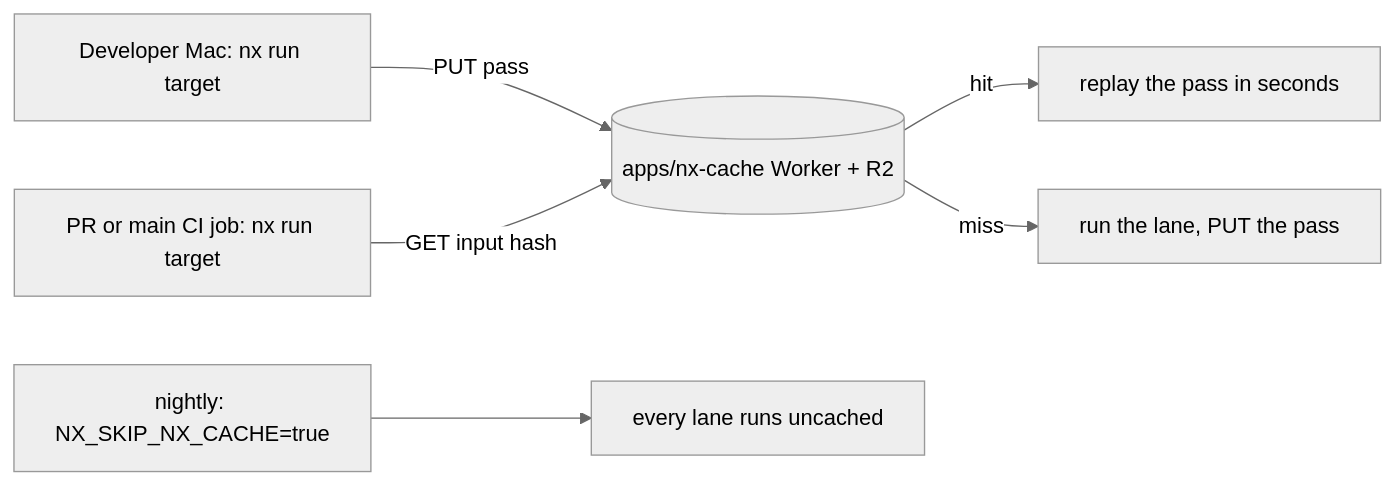
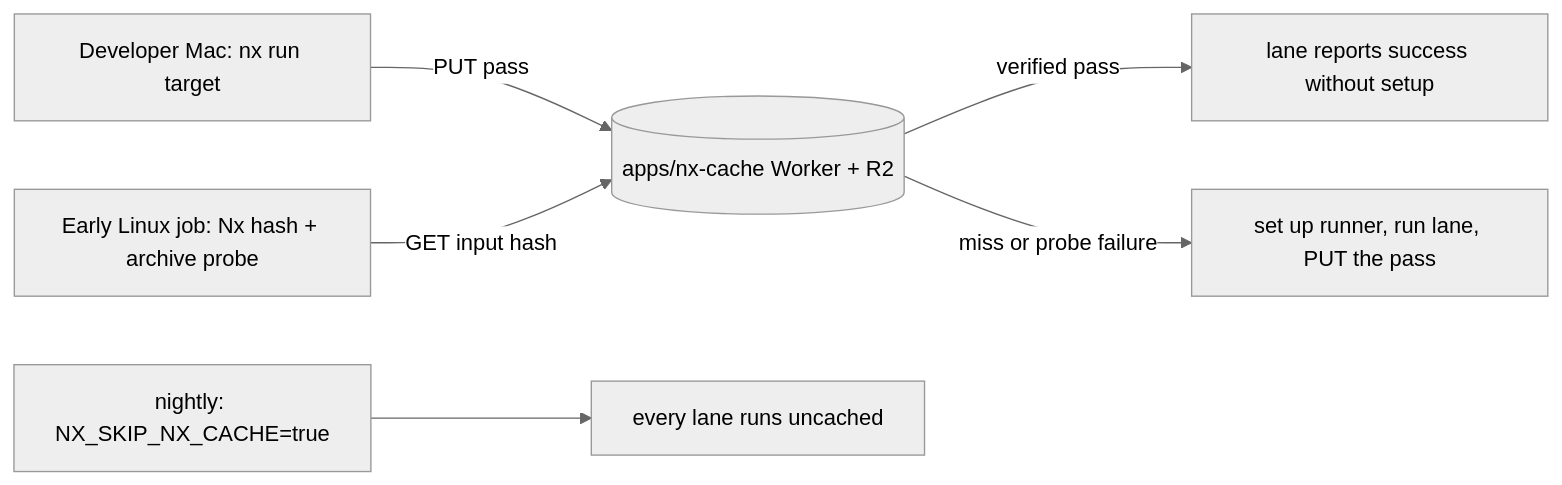
The diagram in docs/ci.md (nickysemenza/cubby), drawn with Mermaid (neutral theme) before and after one commit. The commit also changed other lines of this file and 3 other files, not shown here.

Commit message:
ci: probe cached lane passes before runner setup

````diff
--- a/docs/ci.md
+++ b/docs/ci.md
@@ -33,8 +33,8 @@
 ```mermaid
 flowchart LR
   Mac["Developer Mac: nx run target"] -->|PUT pass| Cache[("apps/nx-cache Worker + R2")]
-  Job["PR or main CI job: nx run target"] -->|GET input hash| Cache
-  Cache -->|hit| Replay["replay the pass in seconds"]
-  Cache -->|miss| Run["run the lane, PUT the pass"]
+  Probe["Early Linux job: Nx hash + archive probe"] -->|GET input hash| Cache
+  Cache -->|verified pass| Replay["lane reports success without setup"]
+  Cache -->|miss or probe failure| Run["set up runner, run lane, PUT the pass"]
   Nightly["nightly: NX_SKIP_NX_CACHE=true"] --> Full["every lane runs uncached"]
 ```
````
